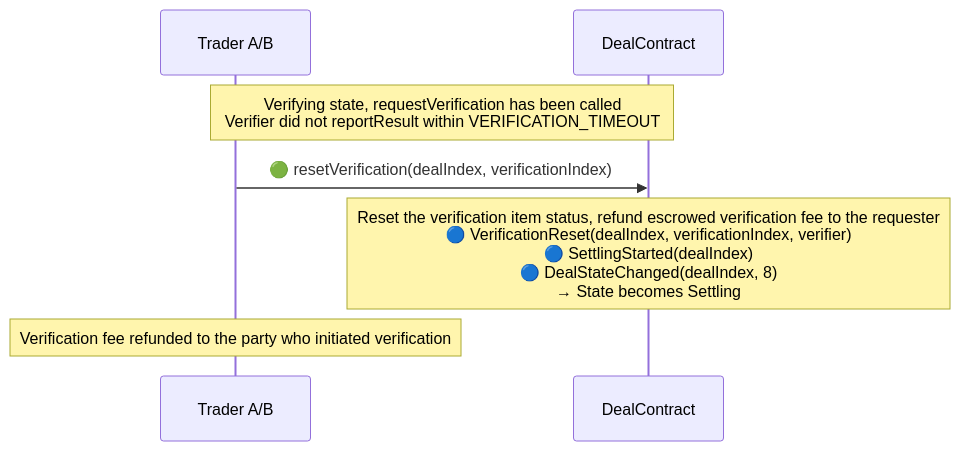
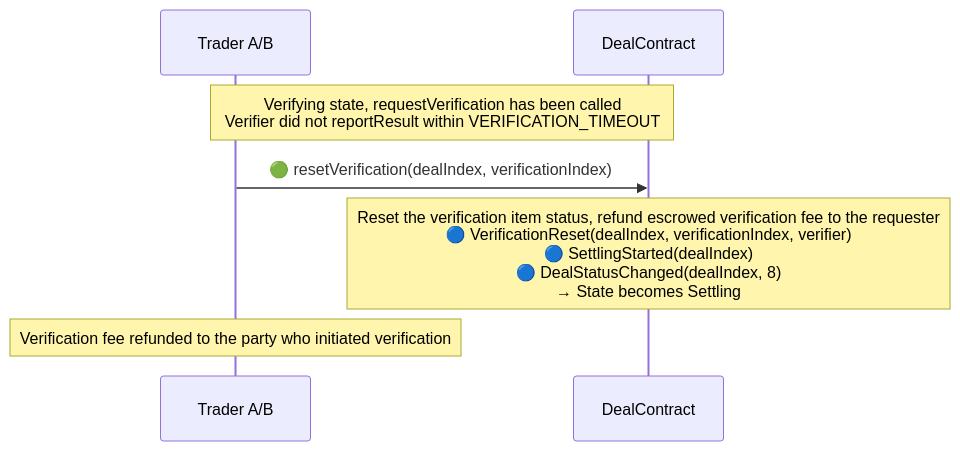
One commit to synctxai/synctx changed the sixth of 9 diagrams in examples/x-quote/x-quote-design.md. Above: the diagram before and after it, drawn with Mermaid. The commit also changed other lines of this file and 8 other files, not shown here.

First line of the commit message:
rename DealStateChanged to DealStatusChanged for consistency with DealStatus

````diff
--- a/examples/x-quote/x-quote-design.md
+++ b/examples/x-quote/x-quote-design.md
@@ -387,10 +387,10 @@
 ```mermaid
 sequenceDiagram
     participant AB as Trader A/B
     participant D as DealContract
 
     Note over AB,D: Verifying state, requestVerification has been called<br/>Verifier did not reportResult within VERIFICATION_TIMEOUT
     AB->>D: 🟢 resetVerification(dealIndex, verificationIndex)
-    Note over D: Reset the verification item status, refund escrowed verification fee to the requester<br/>🔵 VerificationReset(dealIndex, verificationIndex, verifier)<br/>🔵 SettlingStarted(dealIndex)<br/>🔵 DealStateChanged(dealIndex, 8)<br/>→ State becomes Settling
+    Note over D: Reset the verification item status, refund escrowed verification fee to the requester<br/>🔵 VerificationReset(dealIndex, verificationIndex, verifier)<br/>🔵 SettlingStarted(dealIndex)<br/>🔵 DealStatusChanged(dealIndex, 8)<br/>→ State becomes Settling
     Note over AB: Verification fee refunded to the party who initiated verification
 ```
````
